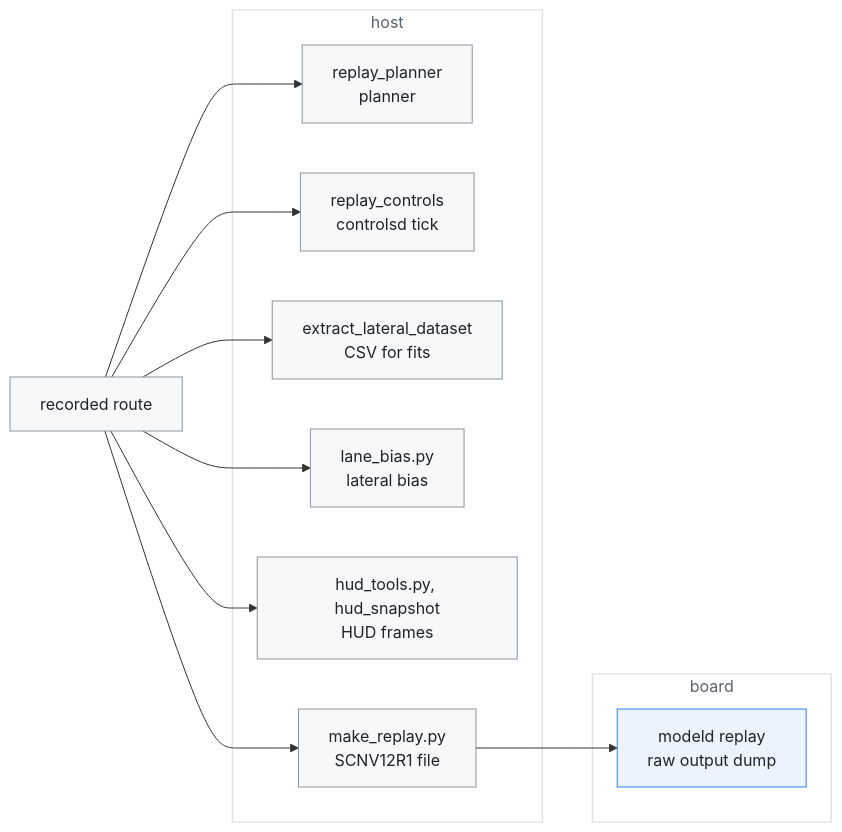
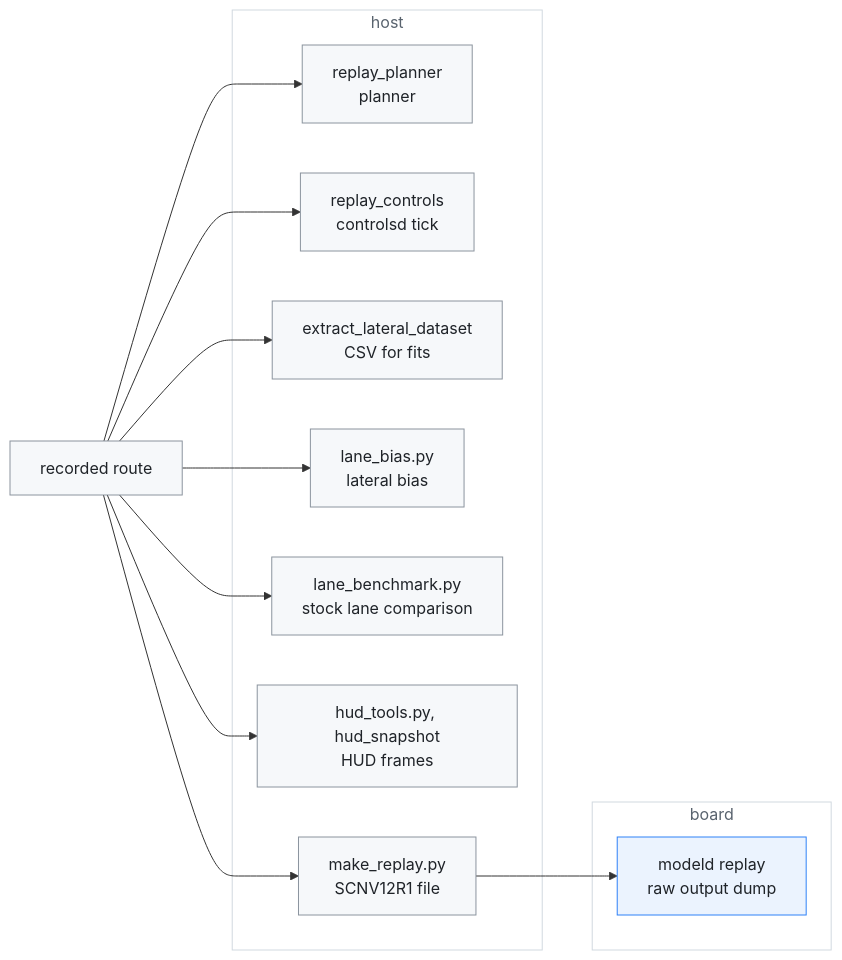
One commit to Deggory/edgepilot changed the first of 4 diagrams in docs/diagnostics.md. Above: the diagram before and after it, drawn with Mermaid. The commit also changed other lines of this file and 4 other files, not shown here.

First line of the commit message:
tools: lane_benchmark.py scores the model lanes against the stock camera's

````diff
--- a/docs/diagnostics.md
+++ b/docs/diagnostics.md
@@ -14,28 +14,30 @@
 ```mermaid
 flowchart LR
     route["recorded route"]
     subgraph host["host"]
         planner["replay_planner<br>planner"]
         controls["replay_controls<br>controlsd tick"]
         dataset["extract_lateral_dataset<br>CSV for fits"]
         bias["lane_bias.py<br>lateral bias"]
+        bench["lane_benchmark.py<br>stock lane comparison"]
         hud["hud_tools.py, hud_snapshot<br>HUD frames"]
         make["make_replay.py<br>SCNV12R1 file"]
     end
     subgraph board["board"]
         modeld["modeld replay<br>raw output dump"]
     end
     route --> planner
     route --> controls
     route --> dataset
     route --> bias
+    route --> bench
     route --> hud
     route --> make
     make --> modeld
     classDef compute fill:#ebf3fe,stroke:#2f81f7,color:#1f2328
     classDef proc fill:#f6f8fa,stroke:#8b949e,color:#1f2328
     classDef group fill:#ffffff,stroke:#d1d9e0,color:#59636e
     class host,board group
     class modeld compute
-    class route,planner,controls,dataset,bias,hud,make proc
+    class route,planner,controls,dataset,bias,bench,hud,make proc
 ```
````
